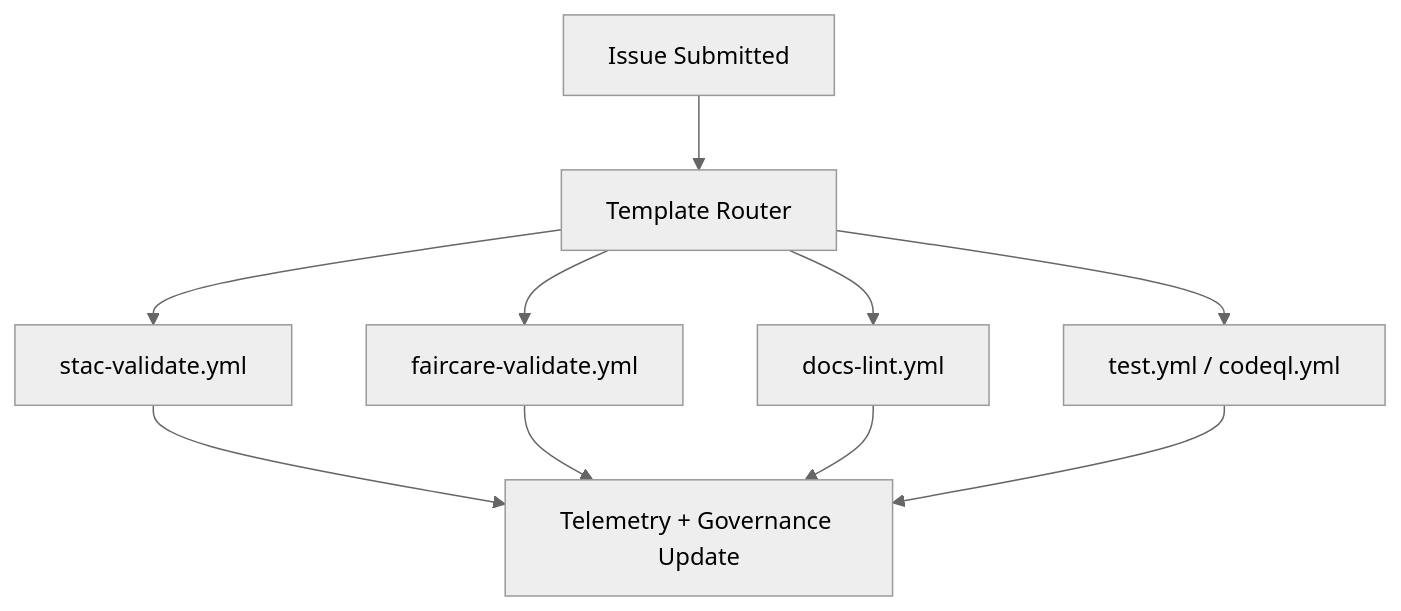
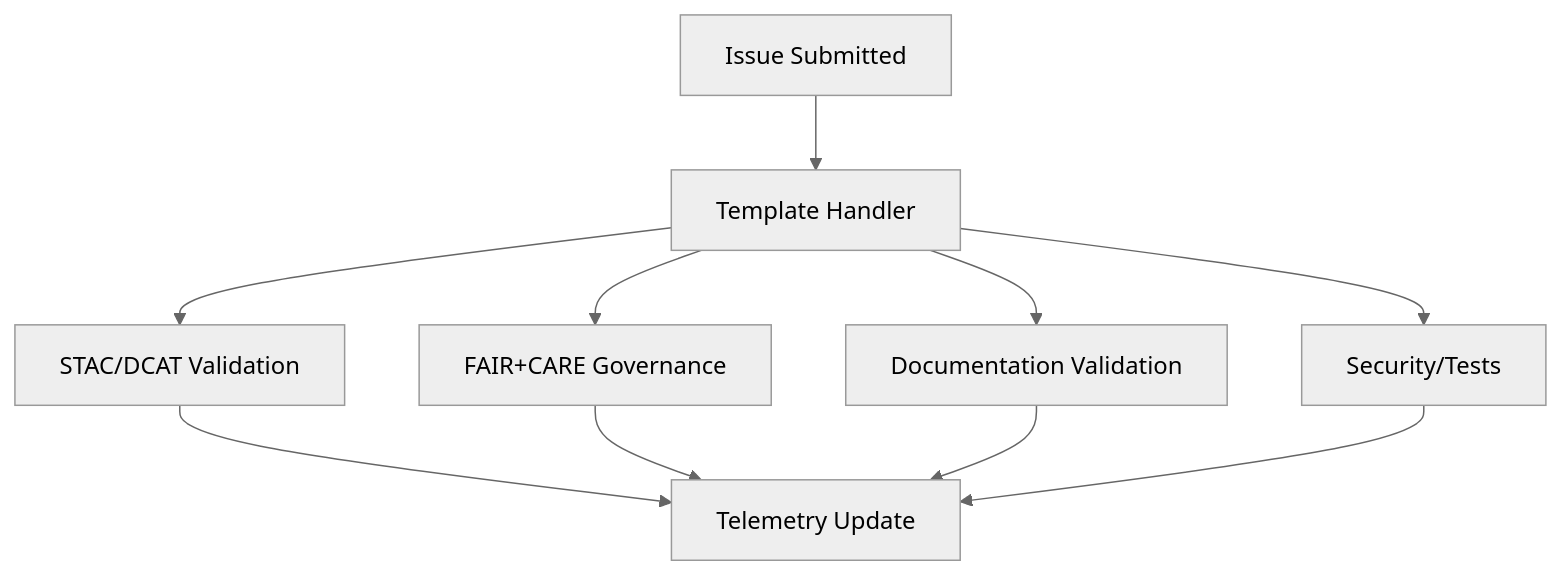
Before and after one commit to bartytime4life/Kansas-Frontier-Matrix: the diagram in .github/ISSUE_TEMPLATE/README.md, drawn with Mermaid (neutral theme). The commit also changed other lines of this file, not shown here.

````diff
--- a/.github/ISSUE_TEMPLATE/README.md
+++ b/.github/ISSUE_TEMPLATE/README.md
@@ -225,12 +227,12 @@
 ```mermaid
 flowchart TD
-  A["Issue Submitted"] --> B["Template Router"]
-  B --> C["stac-validate.yml"]
-  B --> D["faircare-validate.yml"]
-  B --> E["docs-lint.yml"]
-  B --> F["test.yml / codeql.yml"]
-  C --> G["Telemetry + Governance Update"]
+  A["Issue Submitted"] --> B["Template Handler"]
+  B --> C["STAC/DCAT Validation"]
+  B --> D["FAIR+CARE Governance"]
+  B --> E["Documentation Validation"]
+  B --> F["Security/Tests"]
+  C --> G["Telemetry Update"]
   D --> G
   E --> G
   F --> G
 ```
````
